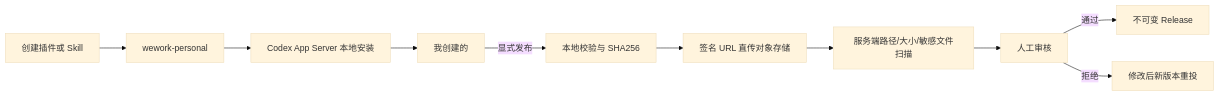
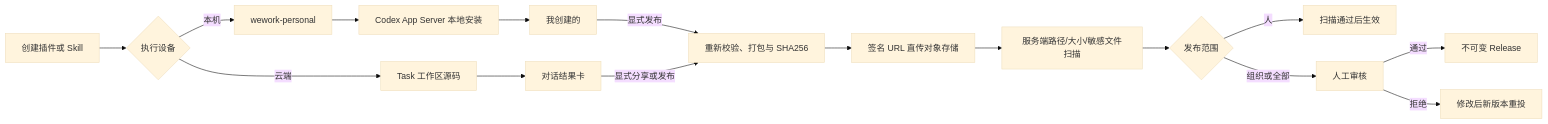
The third of 3 diagrams in docs/zh/wework/developer-guide/plugin-marketplace-v2.md (wecode-ai/Wegent), drawn with Mermaid (base theme) before and after one commit. The commit also changed other lines of this file and 3 other files, not shown here.

````diff
--- a/docs/zh/wework/developer-guide/plugin-marketplace-v2.md
+++ b/docs/zh/wework/developer-guide/plugin-marketplace-v2.md
@@ -160,12 +160,18 @@
 ```mermaid
 flowchart LR
-  A[创建插件或 Skill] --> B[wework-personal]
-  B --> C[Codex App Server 本地安装]
-  C --> D[我创建的]
-  D -->|显式发布| E[本地校验与 SHA256]
-  E --> F[签名 URL 直传对象存储]
-  F --> G[服务端路径/大小/敏感文件扫描]
-  G --> H[人工审核]
-  H -->|通过| I[不可变 Release]
-  H -->|拒绝| J[修改后新版本重投]
+  A[创建插件或 Skill] --> B{执行设备}
+  B -->|本机| C[wework-personal]
+  C --> D[Codex App Server 本地安装]
+  D --> E[我创建的]
+  B -->|云端| F[Task 工作区源码]
+  F --> G[对话结果卡]
+  E -->|显式发布| H[重新校验、打包与 SHA256]
+  G -->|显式分享或发布| H
+  H --> I[签名 URL 直传对象存储]
+  I --> J[服务端路径/大小/敏感文件扫描]
+  J --> K{发布范围}
+  K -->|人| L[扫描通过后生效]
+  K -->|组织或全部| M[人工审核]
+  M -->|通过| N[不可变 Release]
+  M -->|拒绝| O[修改后新版本重投]
 ```
````
